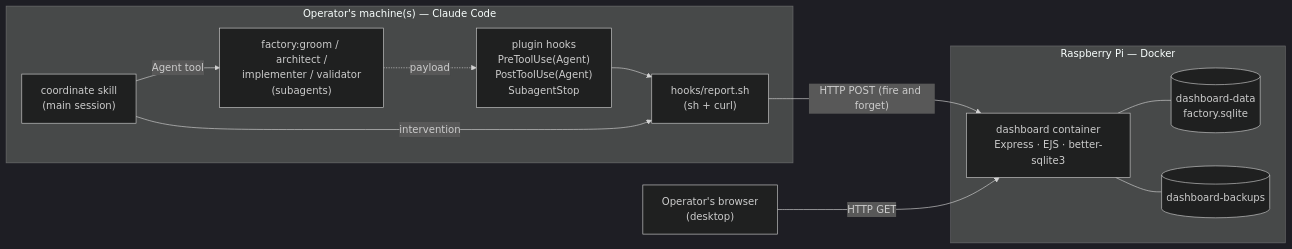
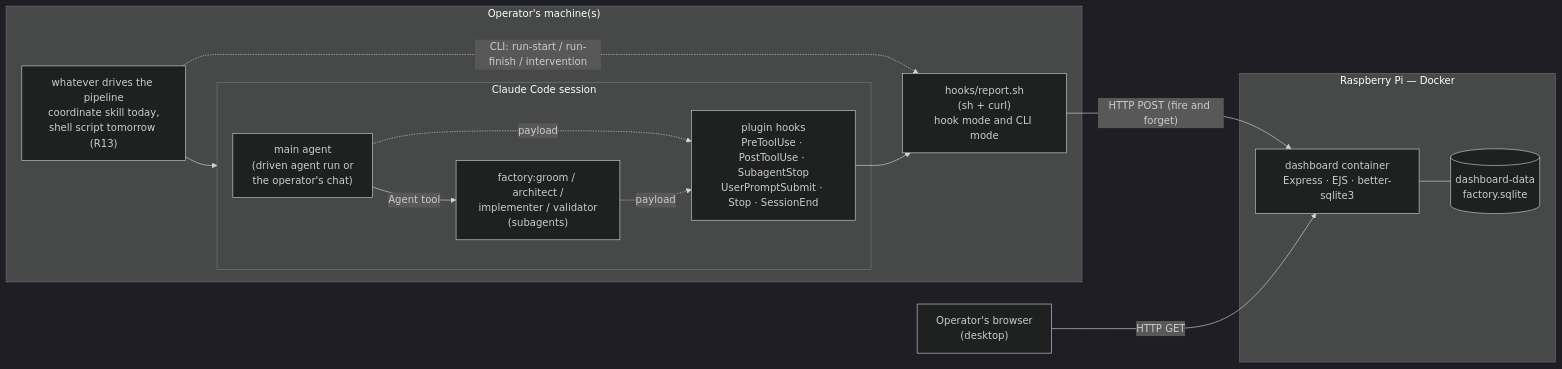
The diagram in docs/architecture/001-agent-factory-dashboard.md (vkuras/factory), drawn with Mermaid (dark theme) before and after one commit. The commit also changed other lines of this file and 12 other files, not shown here.

Commit message:
docs(001): architecture revision

````diff
--- a/docs/architecture/001-agent-factory-dashboard.md
+++ b/docs/architecture/001-agent-factory-dashboard.md
@@ -62,23 +73,26 @@
 ```mermaid
 flowchart LR
-  subgraph machine["Operator's machine(s) — Claude Code"]
-    coord["coordinate skill<br/>(main session)"]
-    agents["factory:groom / architect /<br/>implementer / validator<br/>(subagents)"]
-    hooks["plugin hooks<br/>PreToolUse(Agent)<br/>PostToolUse(Agent)<br/>SubagentStop"]
-    rep["hooks/report.sh<br/>(sh + curl)"]
-    coord -->|Agent tool| agents
-    agents -.->|payload| hooks
+  subgraph machine["Operator's machine(s)"]
+    driver["whatever drives the pipeline<br/>coordinate skill today,<br/>shell script tomorrow (R13)"]
+    subgraph cc["Claude Code session"]
+      main["main agent<br/>(driven agent run or<br/>the operator's chat)"]
+      agents["factory:groom / architect /<br/>implementer / validator<br/>(subagents)"]
+      hooks["plugin hooks<br/>PreToolUse · PostToolUse · SubagentStop<br/>UserPromptSubmit · Stop · SessionEnd"]
+      main -->|Agent tool| agents
+      main -.->|payload| hooks
+      agents -.->|payload| hooks
+    end
+    rep["hooks/report.sh<br/>(sh + curl)<br/>hook mode and CLI mode"]
+    driver --> cc
+    driver -.->|"CLI: run-start / run-finish / intervention"| rep
     hooks --> rep
-    coord -->|intervention| rep
   end
   subgraph pi["Raspberry Pi — Docker"]
     app["dashboard container<br/>Express · EJS · better-sqlite3"]
     db[("dashboard-data<br/>factory.sqlite")]
-    bak[("dashboard-backups")]
     app --- db
-    app --- bak
   end
   browser["Operator's browser<br/>(desktop)"]
   rep -->|"HTTP POST (fire and forget)"| app
   browser -->|HTTP GET| app
 ```
````
